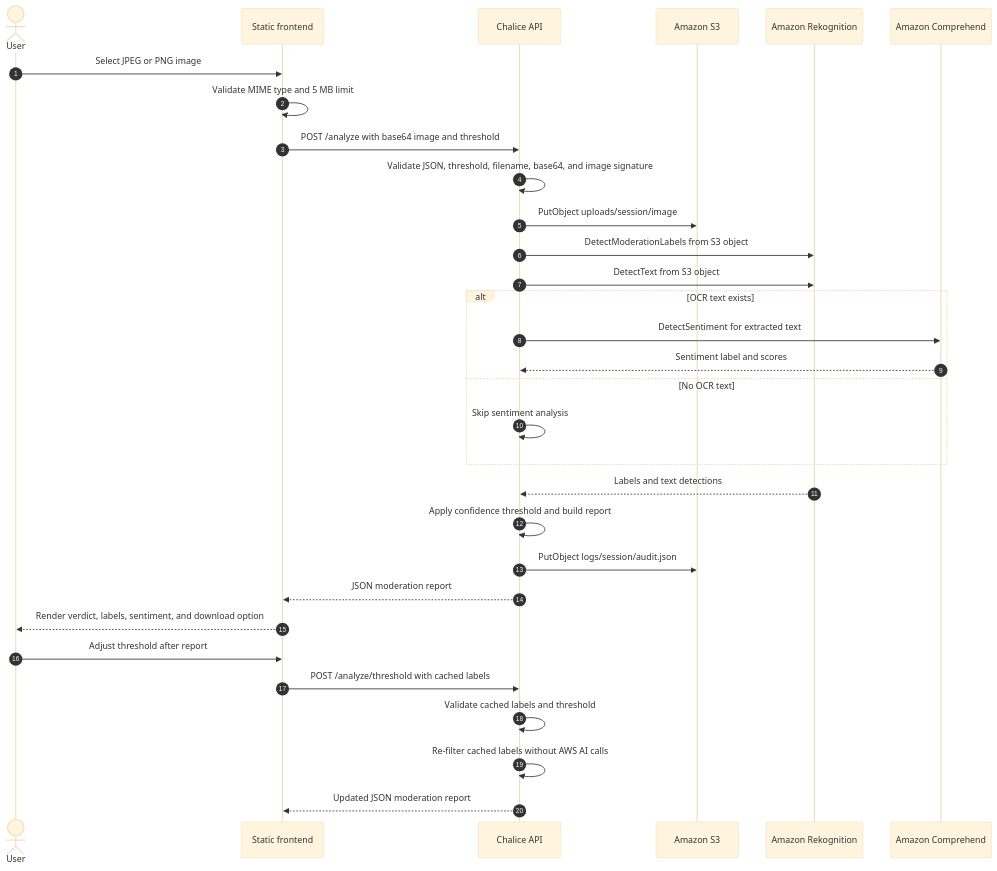
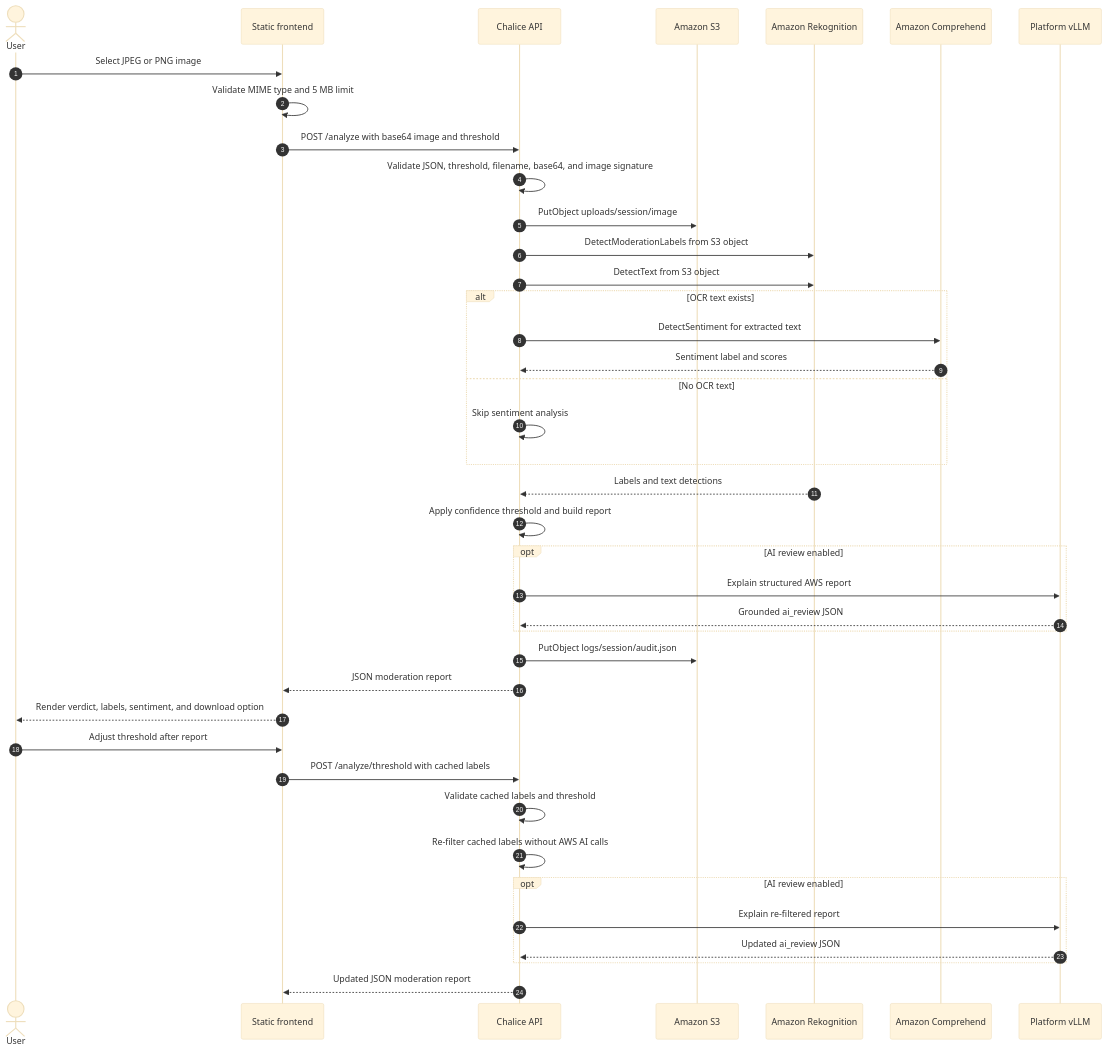
Before and after one commit to ixxet/COMP264-Cloud-ML: the diagram in Assignments/Final_Project/SafeView/diagrams/request-sequence.mmd, drawn with Mermaid (base theme). The commit also changed 14 other files, not shown here.

Commit message:
Add SafeView vLLM review workflow

```diff
--- a/Assignments/Final_Project/SafeView/diagrams/request-sequence.mmd
+++ b/Assignments/Final_Project/SafeView/diagrams/request-sequence.mmd
@@ -1,33 +1,42 @@
 sequenceDiagram
     autonumber
     actor User
     participant UI as Static frontend
     participant API as Chalice API
     participant S3 as Amazon S3
     participant Rekognition as Amazon Rekognition
     participant Comprehend as Amazon Comprehend
+    participant vLLM as Platform vLLM
 
     User->>UI: Select JPEG or PNG image
     UI->>UI: Validate MIME type and 5 MB limit
     UI->>API: POST /analyze with base64 image and threshold
     API->>API: Validate JSON, threshold, filename, base64, and image signature
     API->>S3: PutObject uploads/session/image
     API->>Rekognition: DetectModerationLabels from S3 object
     API->>Rekognition: DetectText from S3 object
     alt OCR text exists
         API->>Comprehend: DetectSentiment for extracted text
         Comprehend-->>API: Sentiment label and scores
     else No OCR text
         API->>API: Skip sentiment analysis
     end
     Rekognition-->>API: Labels and text detections
     API->>API: Apply confidence threshold and build report
+    opt AI review enabled
+        API->>vLLM: Explain structured AWS report
+        vLLM-->>API: Grounded ai_review JSON
+    end
     API->>S3: PutObject logs/session/audit.json
     API-->>UI: JSON moderation report
     UI-->>User: Render verdict, labels, sentiment, and download option
 
     User->>UI: Adjust threshold after report
     UI->>API: POST /analyze/threshold with cached labels
     API->>API: Validate cached labels and threshold
     API->>API: Re-filter cached labels without AWS AI calls
+    opt AI review enabled
+        API->>vLLM: Explain re-filtered report
+        vLLM-->>API: Updated ai_review JSON
+    end
     API-->>UI: Updated JSON moderation report
```
